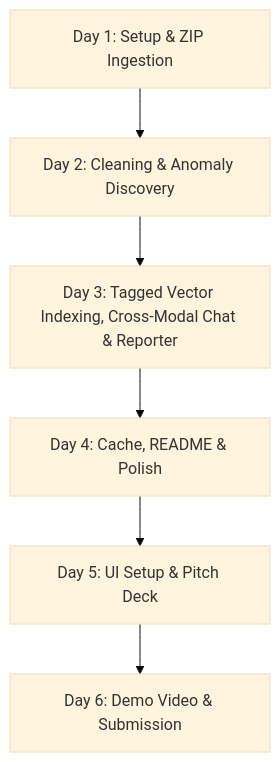
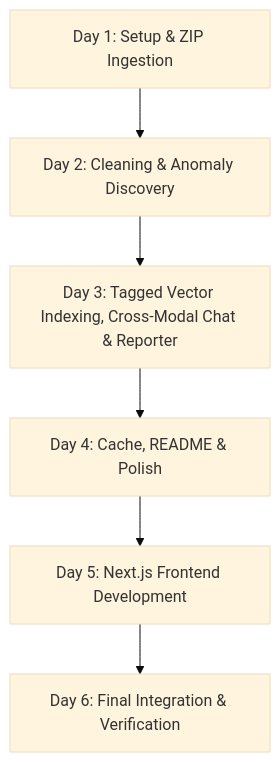
The diagram in agent.md (manasdutta04/meshloop), drawn with Mermaid (base theme) before and after one commit. The commit also changed other lines of this file and 24 other files, not shown here.

Commit message:
feat: scaffold Next.js frontend, establish FastAPI backend, and update project architecture documentation

````diff
--- a/agent.md
+++ b/agent.md
@@ -51,8 +69,8 @@
 ```mermaid
 graph TD
     Day1[Day 1: Setup & ZIP Ingestion] --> Day2[Day 2: Cleaning & Anomaly Discovery]
     Day2 --> Day3[Day 3: Tagged Vector Indexing, Cross-Modal Chat & Reporter]
     Day3 --> Day4[Day 4: Cache, README & Polish]
-    Day4 --> Day5[Day 5: UI Setup & Pitch Deck]
-    Day5 --> Day6[Day 6: Demo Video & Submission]
+    Day4 --> Day5[Day 5: Next.js Frontend Development]
+    Day5 --> Day6[Day 6: Final Integration & Verification]
 ```
````
